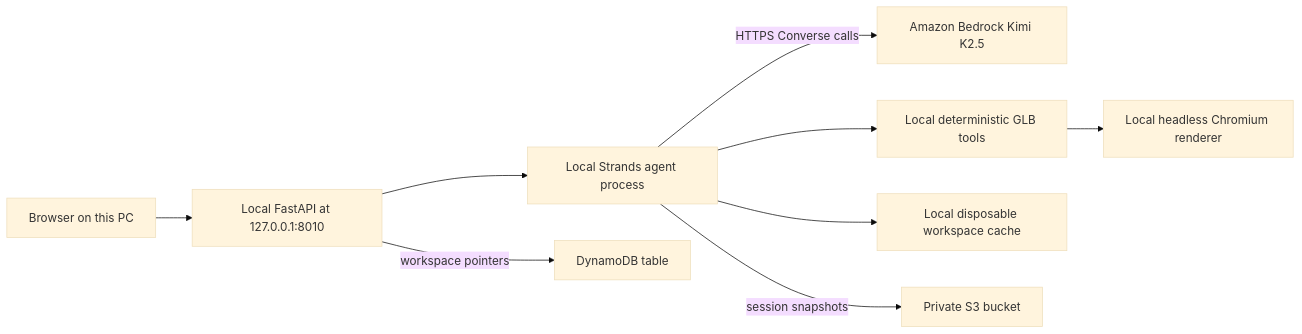
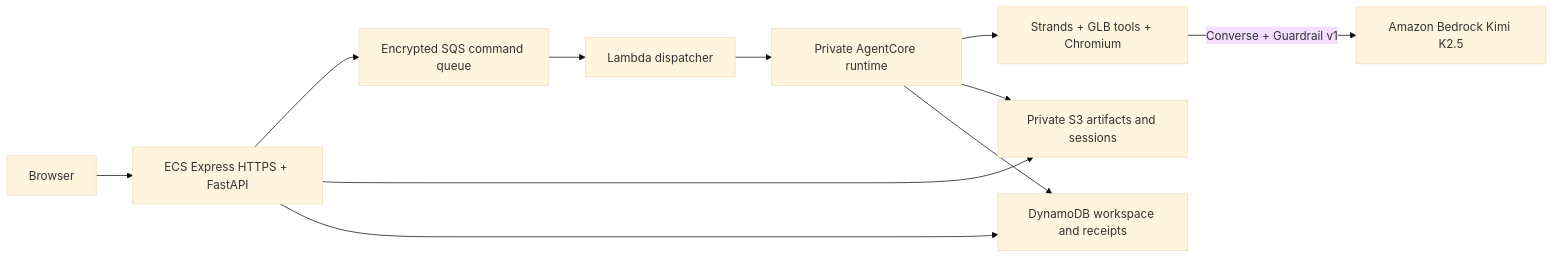
The first of 2 diagrams in docs/BEDROCK_DEPLOYMENT_RUNBOOK.md (jcgennaro/asset-shepherd), drawn with Mermaid (base theme) before and after one commit. The commit also changed other lines of this file and 5 other files, not shown here.

````diff
--- a/docs/BEDROCK_DEPLOYMENT_RUNBOOK.md
+++ b/docs/BEDROCK_DEPLOYMENT_RUNBOOK.md
@@ -120,11 +120,13 @@
 ```mermaid
 flowchart LR
-    B[Browser on this PC] --> W[Local FastAPI at 127.0.0.1:8010]
-    W --> A[Local Strands agent process]
-    A -->|HTTPS Converse calls| BR[Amazon Bedrock Kimi K2.5]
-    A --> T[Local deterministic GLB tools]
-    T --> R[Local headless Chromium renderer]
-    A --> C[Local disposable workspace cache]
-    A -->|session snapshots| S3[Private S3 bucket]
-    W -->|workspace pointers| D[DynamoDB table]
+    B[Browser] --> W[ECS Express HTTPS + FastAPI]
+    W --> Q[Encrypted SQS command queue]
+    Q --> L[Lambda dispatcher]
+    L --> A[Private AgentCore runtime]
+    A --> S[Strands + GLB tools + Chromium]
+    S -->|Converse + Guardrail v1| BR[Amazon Bedrock Kimi K2.5]
+    W --> S3[Private S3 artifacts and sessions]
+    W --> D[DynamoDB workspace and receipts]
+    A --> S3
+    A --> D
 ```
````
